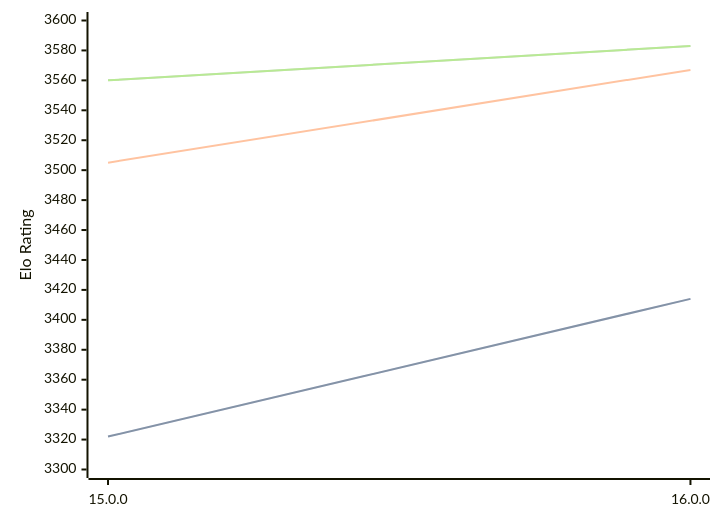
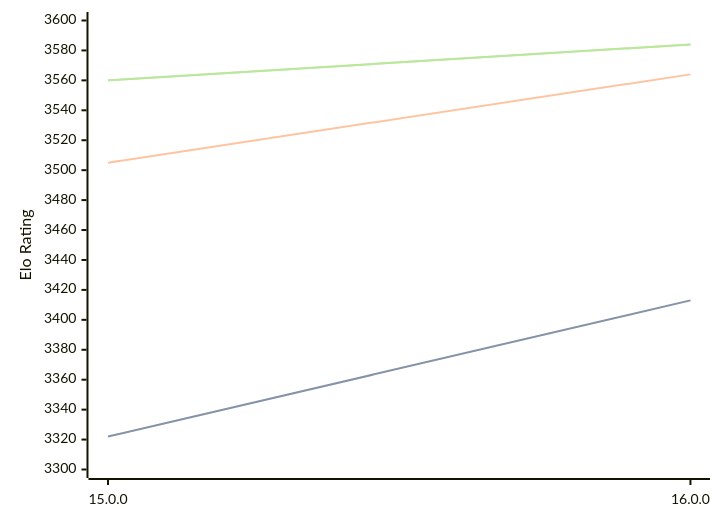
One commit to computer-chess-index/cci changed the diagram in engines/Halogen.md. Above: the diagram before and after it, drawn with Mermaid. The commit also changed other lines of this file, not shown here.

Commit message:
Update CCI Ratings (ELO VLTC) - 2026-02-19

````diff
--- a/engines/Halogen.md
+++ b/engines/Halogen.md
@@ -47,11 +47,11 @@
 ```mermaid
 %%{init: {"theme":"base","themeVariables":{"seriesColors:['#a3a3a3','#222221','#faa371']}}}%%
 xychart-beta
   x-axis ["15.0.0", "16.0.0"]
   y-axis "Elo Rating" 3300 --> 3600
-  line "STC (8.0+0.08s)" [3322, 3414]
-  line "STC (8.0+0.08s)" [3322, 3414]
-  line "LTC (60.0+0.60s)" [3505, 3567]
-  line "VLTC (2m24s+1.12s)" [3560, 3583]
-  line "VLTC (2m24s+1.12s)" [3560, 3583]
+  line "STC (8.0+0.08s)" [3322, 3413]
+  line "STC (8.0+0.08s)" [3322, 3413]
+  line "LTC (60.0+0.60s)" [3505, 3564]
+  line "VLTC (2m24s+1.12s)" [3560, 3584]
+  line "VLTC (2m24s+1.12s)" [3560, 3584]
 ```
````
